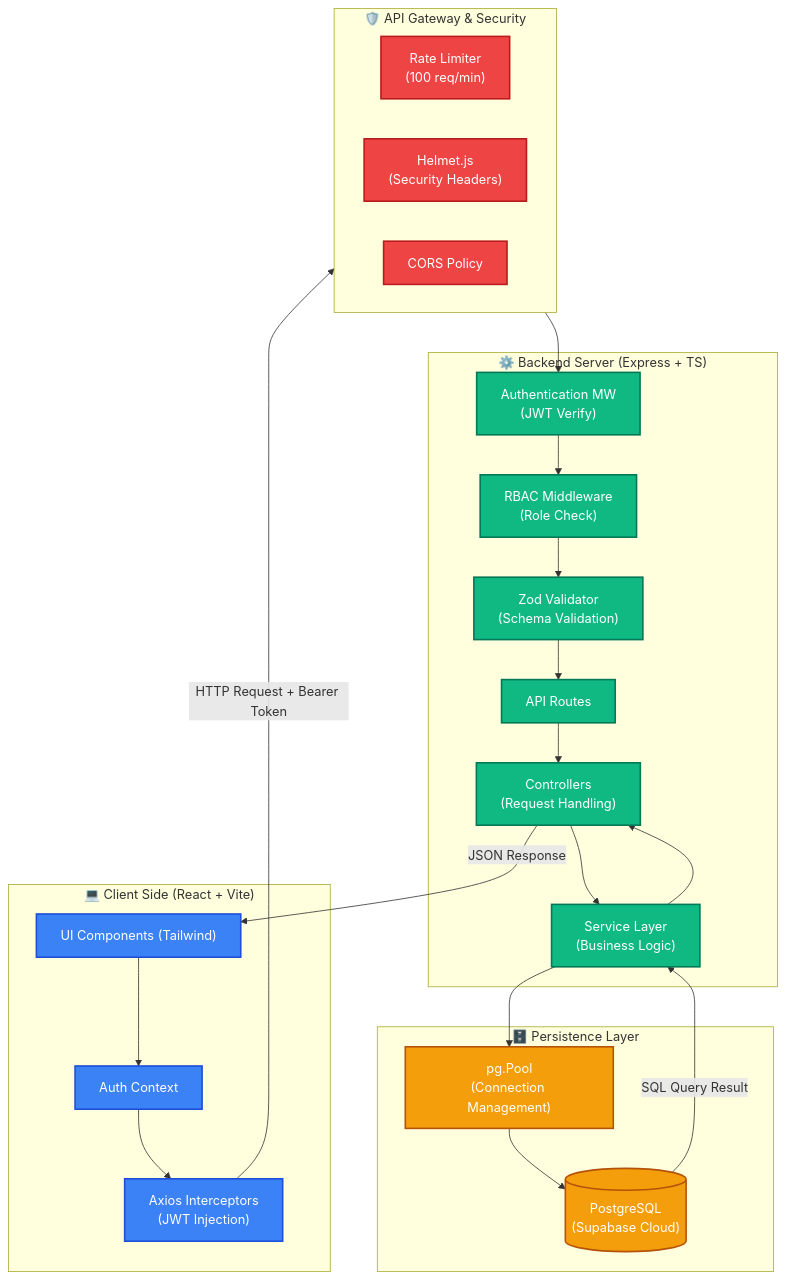
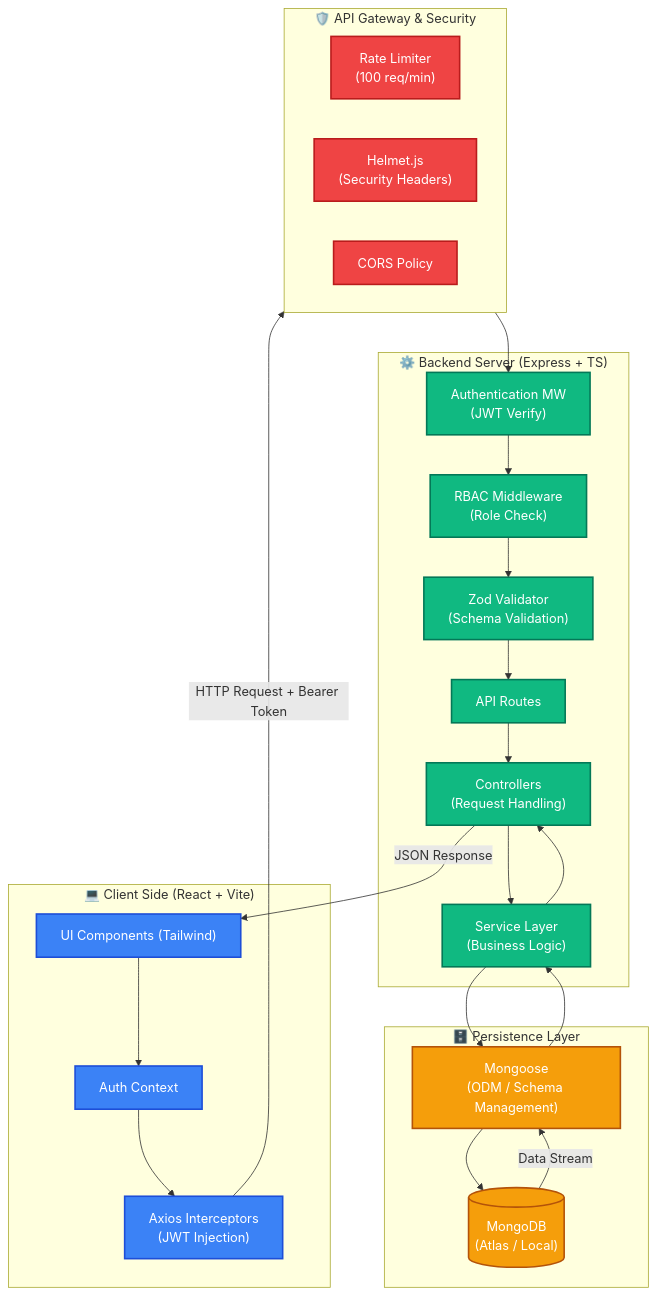
The diagram in README.md (Shivam0247/Finance-Dashboard), drawn with Mermaid before and after one commit. The commit also changed other lines of this file, not shown here.

Commit message:
docs: update README to reflect MongoDB and Mongoose migration

````diff
--- a/README.md
+++ b/README.md
@@ -10,60 +10,61 @@
 ```mermaid
 graph TD
     %% Define Styles
     classDef frontend fill:#3b82f6,stroke:#1d4ed8,stroke-width:2px,color:#fff;
     classDef backend fill:#10b981,stroke:#047857,stroke-width:2px,color:#fff;
     classDef database fill:#f59e0b,stroke:#b45309,stroke-width:2px,color:#fff;
     classDef security fill:#ef4444,stroke:#b91c1c,stroke-width:2px,color:#fff;
 
     %% Client Layer
     subgraph Client ["💻 Client Side (React + Vite)"]
         UI["UI Components (Tailwind)"]
         State["Auth Context"]
         Axios["Axios Interceptors\n(JWT Injection)"]
     end
 
     %% Gateway Layer
     subgraph Gateway ["🛡️ API Gateway & Security"]
         Limiter["Rate Limiter\n(100 req/min)"]
         Helmet["Helmet.js\n(Security Headers)"]
         CORS["CORS Policy"]
     end
 
     %% Backend Layer
     subgraph Server ["⚙️ Backend Server (Express + TS)"]
         AuthMW["Authentication MW\n(JWT Verify)"]
         RoleGuard["RBAC Middleware\n(Role Check)"]
         Validator["Zod Validator\n(Schema Validation)"]
         Routes["API Routes"]
         Controllers["Controllers\n(Request Handling)"]
         Services["Service Layer\n(Business Logic)"]
     end
 
     %% Persistence Layer
     subgraph Storage ["🗄️ Persistence Layer"]
-        Pool["pg.Pool\n(Connection Management)"]
-        DB[("PostgreSQL\n(Supabase Cloud)")]
+        Mongoose["Mongoose\n(ODM / Schema Management)"]
+        DB[("MongoDB\n(Atlas / Local)")]
     end
 
     %% Relationships
     UI --> State
     State --> Axios
     Axios -- "HTTP Request + Bearer Token" --> Gateway
     Gateway --> AuthMW
     AuthMW --> RoleGuard
     RoleGuard --> Validator
     Validator --> Routes
     Routes --> Controllers
     Controllers --> Services
-    Services --> Pool
-    Pool --> DB
-    DB -- "SQL Query Result" --> Services
+    Services --> Mongoose
+    Mongoose --> DB
+    DB -- "Data Stream" --> Mongoose
+    Mongoose --> Services
     Services --> Controllers
     Controllers -- "JSON Response" --> UI
 
     %% Assign Classes
     class UI,State,Axios frontend;
     class AuthMW,RoleGuard,Validator,Routes,Controllers,Services backend;
-    class Pool,DB database;
+    class Mongoose,DB database;
     class Limiter,Helmet,CORS security;
 ```
````
